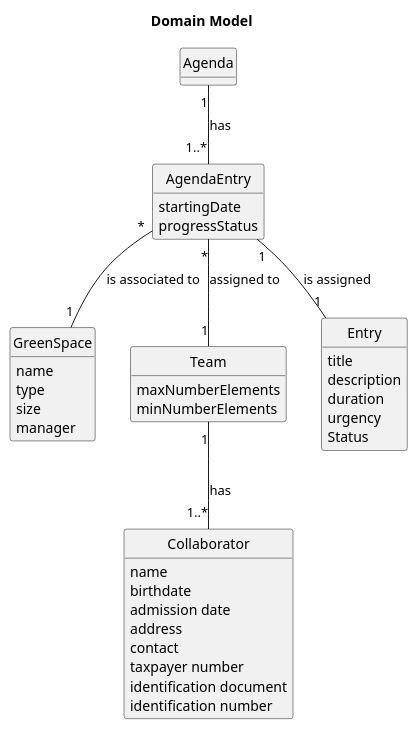
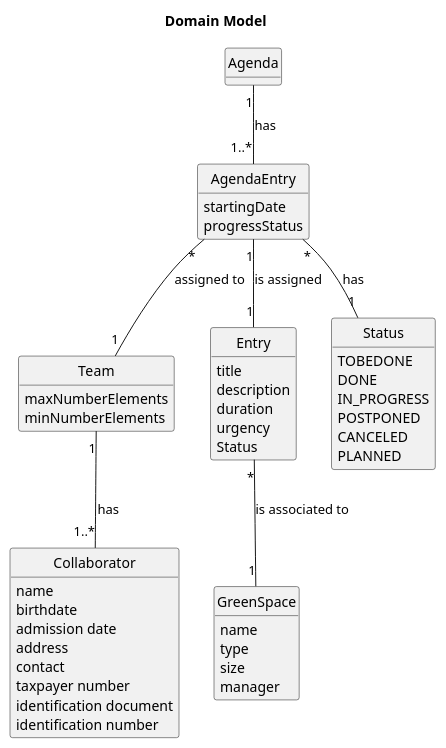
One commit to RicardoMorim/lapr2-ISEP-Project changed the diagram in docs/sprintC/us025/02.analysis/puml/025-domain-model.puml. Above: the diagram before and after it, drawn with PlantUML. The commit also changed 9 other files, not shown here.

```diff
--- a/docs/sprintC/us025/02.analysis/puml/025-domain-model.puml
+++ b/docs/sprintC/us025/02.analysis/puml/025-domain-model.puml
@@ -1,53 +1,66 @@
 @startuml
 
 title Domain Model
 
 hide methods
 hide circle
 
 class Agenda {
 }
 
 class AgendaEntry {
   startingDate
   progressStatus
 }
 
 class GreenSpace {
   name
   type
   size
   manager
 }
 
 class Team {
   maxNumberElements
   minNumberElements
 }
 
 class Entry {
   title
   description
   duration
   urgency
   Status
 }
 
 class Collaborator {
     name
     birthdate
     admission date
     address
     contact
     taxpayer number
     identification document
     identification number
 }
 
+
+class Status {
+    TOBEDONE
+    DONE
+    IN_PROGRESS
+    POSTPONED
+    CANCELED
+    PLANNED
+
+}
+
+
+AgendaEntry "*" --"1" Status : has
 Agenda "1" -- "1..*" AgendaEntry : has
-AgendaEntry "*" -- "1" GreenSpace : is associated to
+Entry "*" -- "1" GreenSpace : is associated to
 AgendaEntry "*" -- "1" Team : assigned to
 AgendaEntry "1" -- "1" Entry : is assigned
 Team "1" -- "1..*" Collaborator : has
 
 @enduml
```
